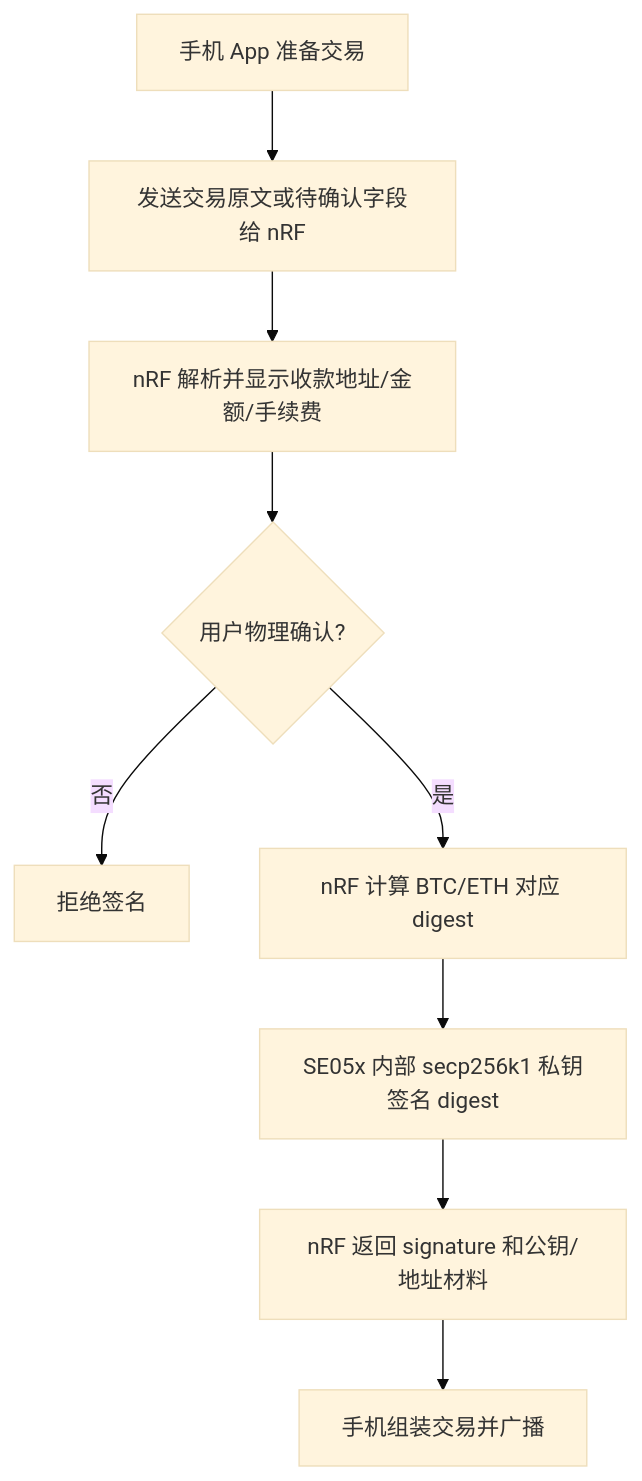
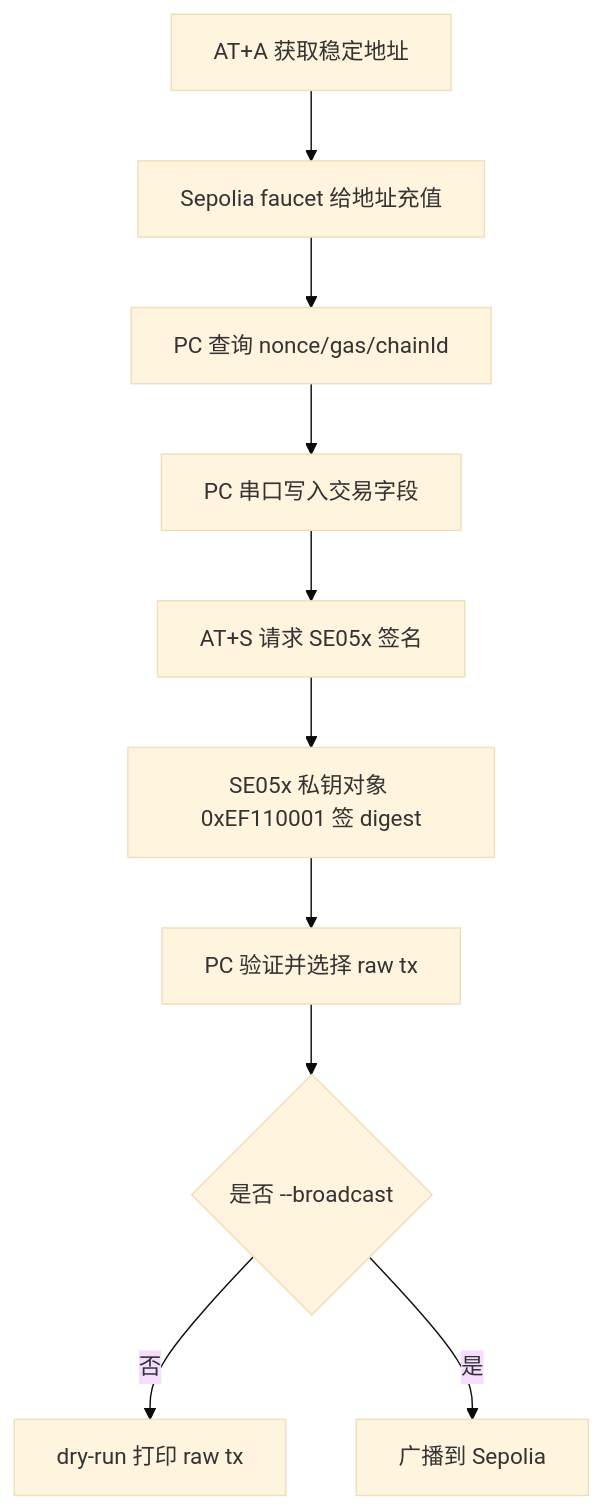
The fourth of 4 diagrams in demo/README.md (tianrking/nrf54lm20-se05x-ncs), drawn with Mermaid (base theme) before and after one commit. The commit also changed other lines of this file and 11 other files, not shown here.

````diff
--- a/demo/README.md
+++ b/demo/README.md
@@ -833,11 +171,12 @@
 ```mermaid
 flowchart TD
-    A["手机 App 准备交易"] --> B["发送交易原文或待确认字段给 nRF"]
-    B --> C["nRF 解析并显示收款地址/金额/手续费"]
-    C --> D{"用户物理确认?"}
-    D -->|否| E["拒绝签名"]
-    D -->|是| F["nRF 计算 BTC/ETH 对应 digest"]
-    F --> G["SE05x 内部 secp256k1 私钥签名 digest"]
-    G --> H["nRF 返回 signature 和公钥/地址材料"]
-    H --> I["手机组装交易并广播"]
+    A["AT+A 获取稳定地址"] --> B["Sepolia faucet 给地址充值"]
+    B --> C["PC 查询 nonce/gas/chainId"]
+    C --> D["PC 串口写入交易字段"]
+    D --> E["AT+S 请求 SE05x 签名"]
+    E --> F["SE05x 私钥对象 0xEF110001 签 digest"]
+    F --> G["PC 验证并选择 raw tx"]
+    G --> H{"是否 --broadcast"}
+    H -->|否| I["dry-run 打印 raw tx"]
+    H -->|是| J["广播到 Sepolia"]
 ```
````
